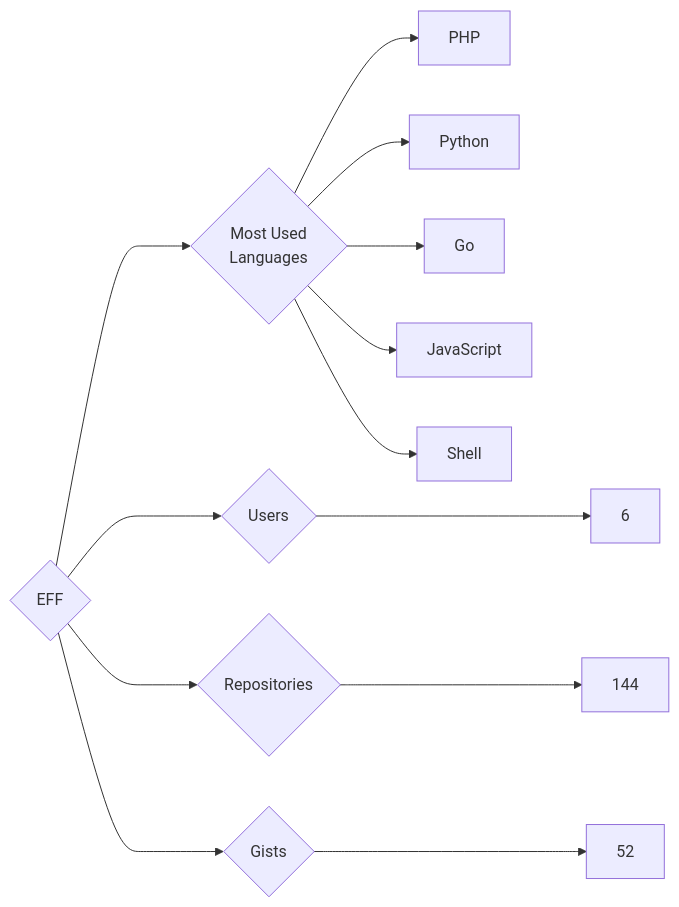
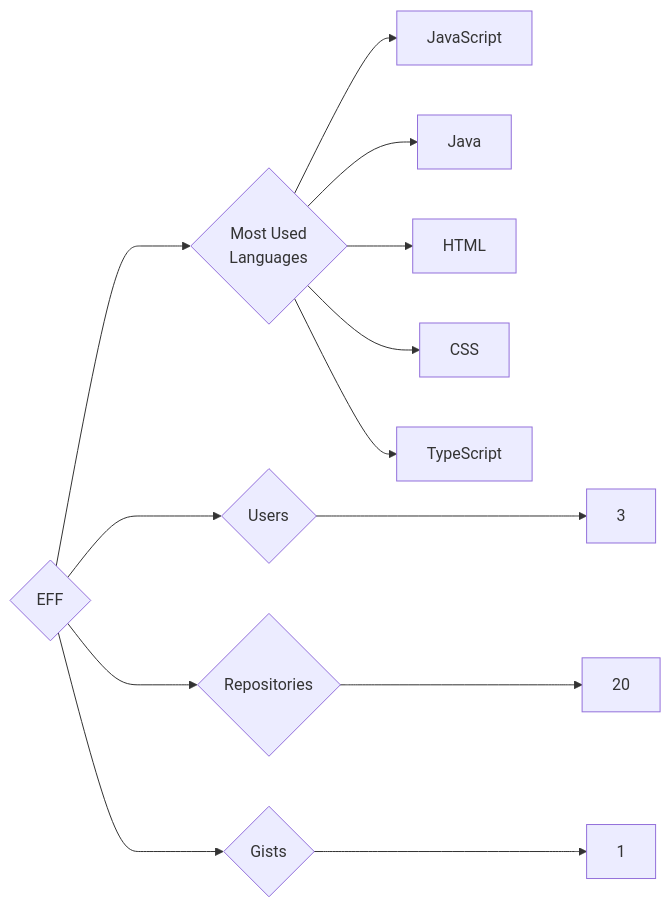
Before and after one commit to trickest/insiders: the diagram in targets/EFF/README.md, drawn with Mermaid. The commit also changed 1166 other files, not shown here.

````diff
--- a/targets/EFF/README.md
+++ b/targets/EFF/README.md
@@ -3,13 +3,13 @@
 ```mermaid
 graph LR
 COMPANY_NAME{EFF}
-COMPANY_NAME ---> U{Users} ---> UN[6]
-COMPANY_NAME ---> R{Repositories} ---> RN[144]
-COMPANY_NAME ---> G{Gists} ---> GN[52]
+COMPANY_NAME ---> U{Users} ---> UN[3]
+COMPANY_NAME ---> R{Repositories} ---> RN[20]
+COMPANY_NAME ---> G{Gists} ---> GN[1]
 COMPANY_NAME ---> ML{Most Used<br>Languages}
-ML --> PHP[PHP]
-ML --> Python[Python]
-ML --> Go[Go]
 ML --> JavaScript[JavaScript]
-ML --> Shell[Shell]
+ML --> Java[Java]
+ML --> HTML[HTML]
+ML --> CSS[CSS]
+ML --> TypeScript[TypeScript]
 ```
````
